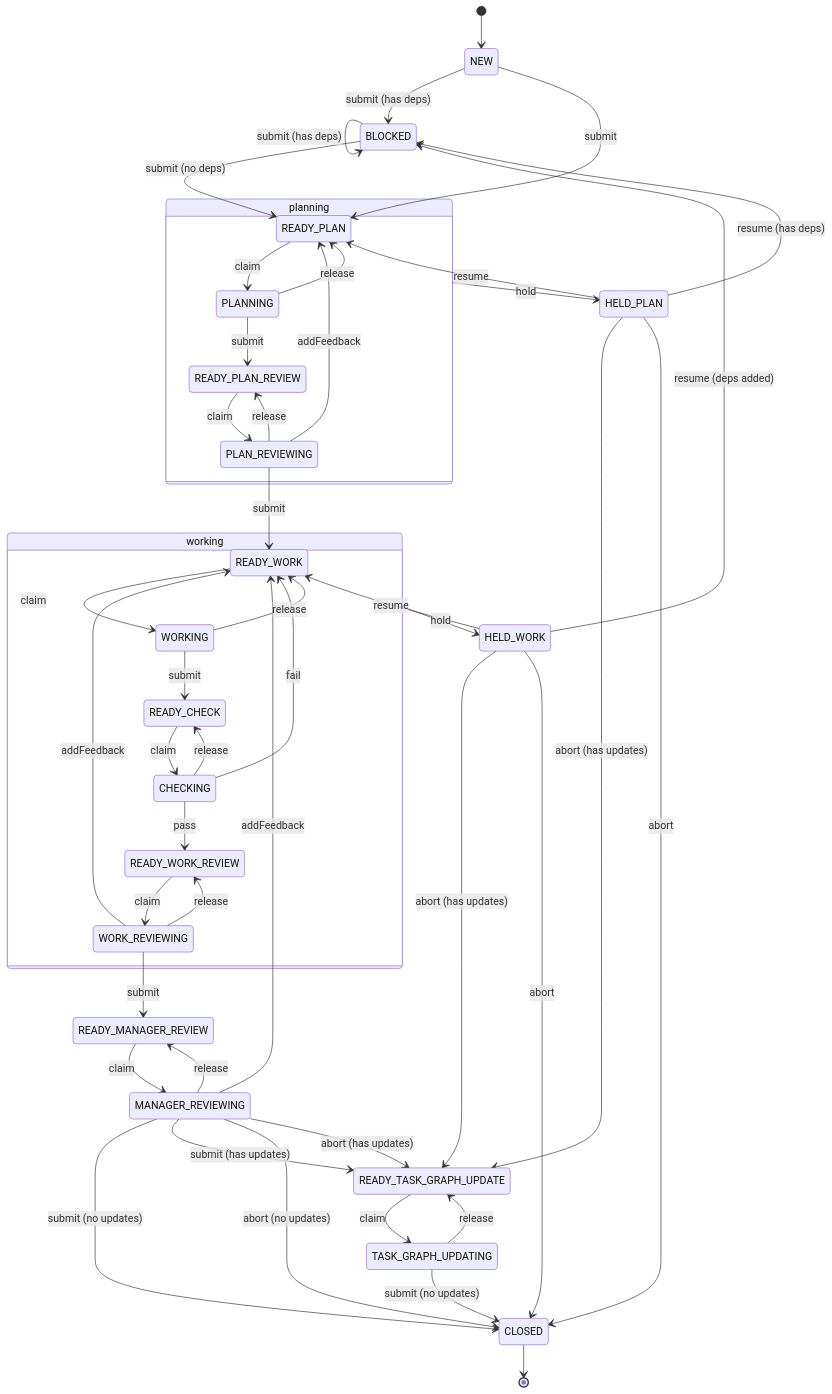
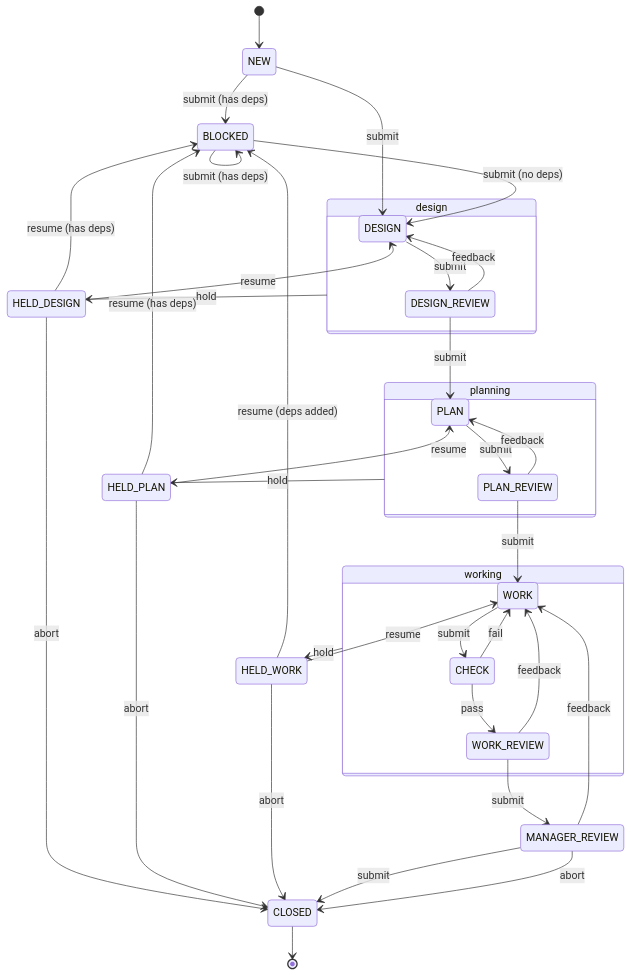
The first of 2 diagrams in README.md (Pyrolistical/task-graph-template), drawn with Mermaid before and after one commit. The commit also changed other lines of this file and 154 other files, not shown here.

Commit message:
added design phase before planning

````diff
--- a/README.md
+++ b/README.md
@@ -63,79 +7,65 @@
 ```mermaid
 stateDiagram-v2
     [*] --> NEW
 
     NEW --> BLOCKED : submit (has deps)
-    NEW --> READY_PLAN : submit
+    NEW --> DESIGN : submit
     BLOCKED --> BLOCKED : submit (has deps)
-    BLOCKED --> READY_PLAN : submit (no deps)
+    BLOCKED --> DESIGN : submit (no deps)
+
+    state design {
+        DESIGN
+        DESIGN_REVIEW
+    }
+
+    DESIGN --> DESIGN_REVIEW : submit
+    DESIGN_REVIEW --> PLAN : submit
+    DESIGN_REVIEW --> DESIGN : feedback
+
+    design --> HELD_DESIGN : hold
 
     state planning {
-        READY_PLAN
-        PLANNING
-        READY_PLAN_REVIEW
-        PLAN_REVIEWING
+        PLAN
+        PLAN_REVIEW
     }
 
-    READY_PLAN --> PLANNING : claim
-
-    PLANNING --> READY_PLAN_REVIEW : submit
-    PLANNING --> READY_PLAN : release
-
-    READY_PLAN_REVIEW --> PLAN_REVIEWING : claim
-    PLAN_REVIEWING --> READY_WORK : submit
-    PLAN_REVIEWING --> READY_PLAN : addFeedback
-    PLAN_REVIEWING --> READY_PLAN_REVIEW : release
+    PLAN --> PLAN_REVIEW : submit
+    PLAN_REVIEW --> WORK : submit
+    PLAN_REVIEW --> PLAN : feedback
 
     planning --> HELD_PLAN : hold
 
     state working {
-        READY_WORK
-        WORKING
-        READY_CHECK
-        CHECKING
-        READY_WORK_REVIEW
-        WORK_REVIEWING
+        WORK
+        CHECK
+        WORK_REVIEW
+    }
 
-    }
-    READY_WORK --> WORKING : claim
+    WORK --> CHECK : submit
 
-    WORKING --> READY_CHECK : submit
-    WORKING --> READY_WORK : release
+    HELD_DESIGN --> DESIGN : resume
+    HELD_DESIGN --> BLOCKED : resume (has deps)
+    HELD_DESIGN --> CLOSED : abort
 
-    HELD_PLAN --> READY_PLAN : resume
+    HELD_PLAN --> PLAN : resume
     HELD_PLAN --> BLOCKED : resume (has deps)
-    HELD_PLAN --> READY_TASK_GRAPH_UPDATE : abort (has updates)
     HELD_PLAN --> CLOSED : abort
 
-    HELD_WORK --> READY_WORK : resume
+    HELD_WORK --> WORK : resume
     HELD_WORK --> BLOCKED : resume (deps added)
-    HELD_WORK --> READY_TASK_GRAPH_UPDATE : abort (has updates)
     HELD_WORK --> CLOSED : abort
 
-    READY_CHECK --> CHECKING : claim
-    CHECKING --> READY_WORK_REVIEW : pass
-    CHECKING --> READY_WORK : fail
-    CHECKING --> READY_CHECK : release
+    CHECK --> WORK_REVIEW : pass
+    CHECK --> WORK : fail
 
-    READY_WORK_REVIEW --> WORK_REVIEWING : claim
-    WORK_REVIEWING --> READY_WORK : addFeedback
-    WORK_REVIEWING --> READY_MANAGER_REVIEW : submit
-    WORK_REVIEWING --> READY_WORK_REVIEW : release
+    WORK_REVIEW --> WORK : feedback
+    WORK_REVIEW --> MANAGER_REVIEW : submit
 
     working --> HELD_WORK : hold
 
-    READY_MANAGER_REVIEW --> MANAGER_REVIEWING : claim
-    MANAGER_REVIEWING --> READY_WORK : addFeedback
-    MANAGER_REVIEWING --> CLOSED : submit (no updates)
-    MANAGER_REVIEWING --> READY_TASK_GRAPH_UPDATE : submit (has updates)
-    MANAGER_REVIEWING --> CLOSED : abort (no updates)
-    MANAGER_REVIEWING --> READY_TASK_GRAPH_UPDATE : abort (has updates)
-    MANAGER_REVIEWING --> READY_MANAGER_REVIEW : release
-
-    READY_TASK_GRAPH_UPDATE --> TASK_GRAPH_UPDATING : claim
-
-    TASK_GRAPH_UPDATING --> CLOSED : submit (no updates)
-    TASK_GRAPH_UPDATING --> READY_TASK_GRAPH_UPDATE : release
+    MANAGER_REVIEW --> WORK : feedback
+    MANAGER_REVIEW --> CLOSED : submit
+    MANAGER_REVIEW --> CLOSED : abort
 
     CLOSED --> [*]
 ```
````
